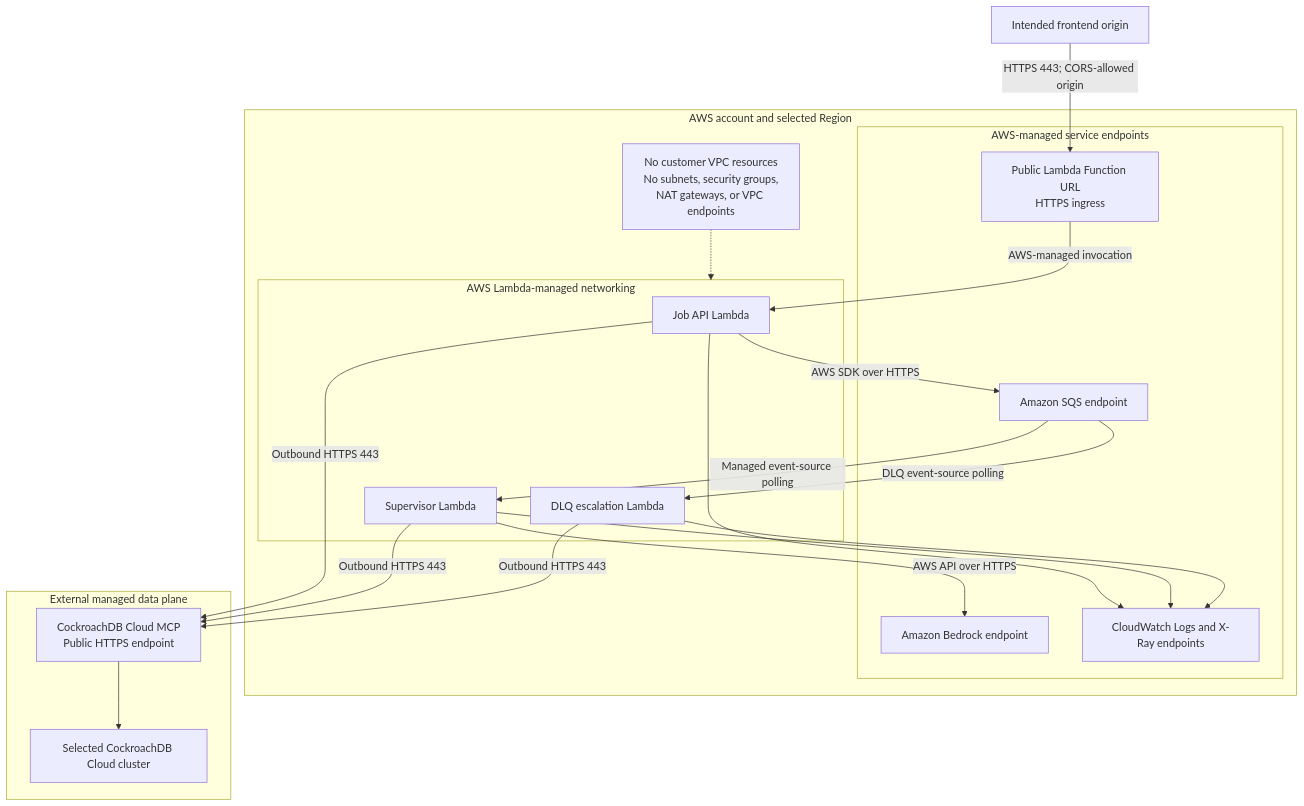
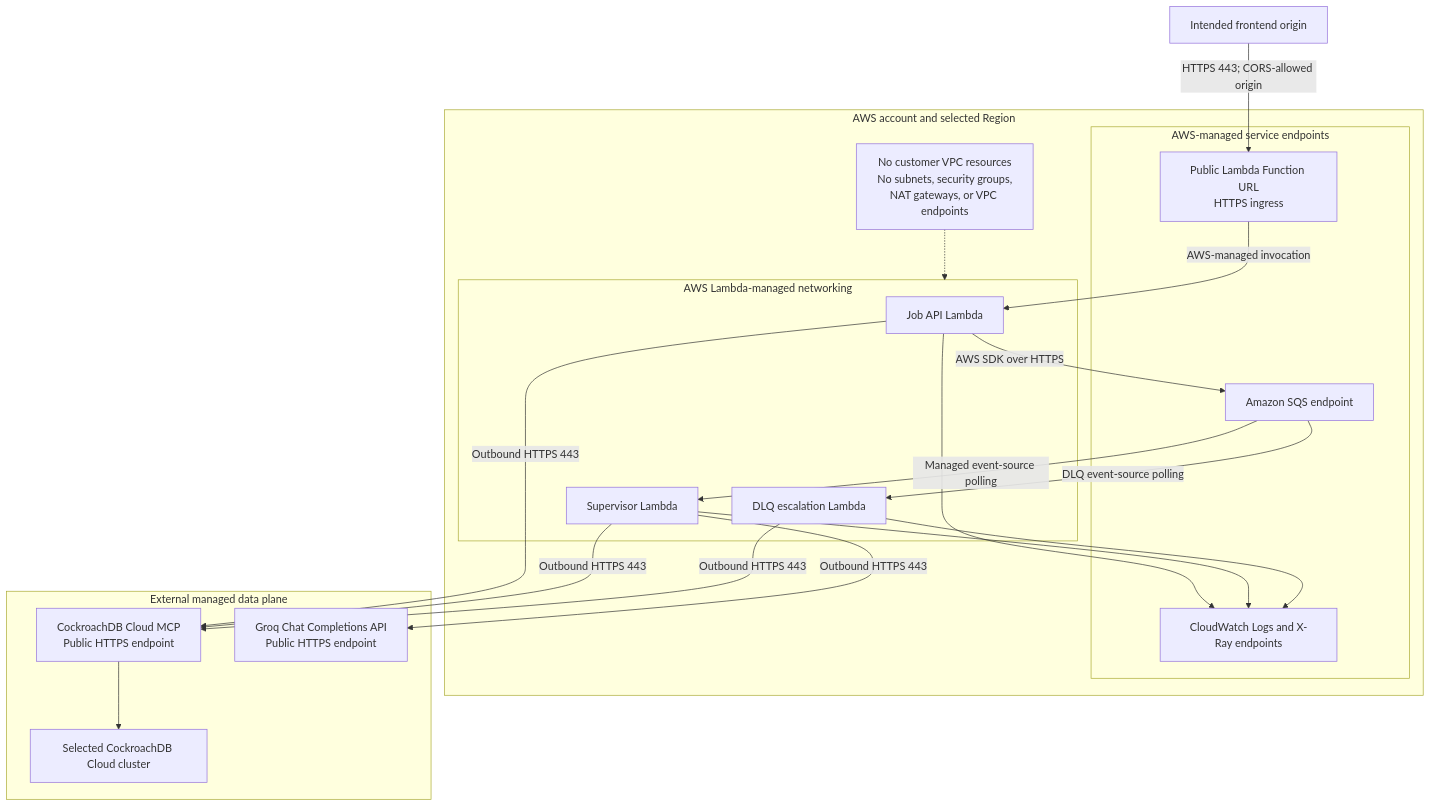
Before and after one commit to ravindrasinghshah/agentic-ticket-support-system: the second of 2 diagrams in Backend/infrastructure/README.md, drawn with Mermaid. The commit also changed other lines of this file and 22 other files, not shown here.

First line of the commit message:
Refactor backend to replace Amazon Bedrock with Groq for model inference

````diff
--- a/Backend/infrastructure/README.md
+++ b/Backend/infrastructure/README.md
@@ -72,43 +75,43 @@
 ```mermaid
 flowchart TB
     browser["Intended frontend origin"]
 
     subgraph aws["AWS account and selected Region"]
         subgraph publicEndpoints["AWS-managed service endpoints"]
             functionUrl["Public Lambda Function URL<br/>HTTPS ingress"]
             sqsEndpoint["Amazon SQS endpoint"]
-            bedrockEndpoint["Amazon Bedrock endpoint"]
             telemetry["CloudWatch Logs and X-Ray endpoints"]
         end
 
         subgraph lambdaNetwork["AWS Lambda-managed networking"]
             apiLambda["Job API Lambda"]
             supervisorLambda["Supervisor Lambda"]
             dlqLambda["DLQ escalation Lambda"]
         end
 
         noVpc["No customer VPC resources<br/>No subnets, security groups,<br/>NAT gateways, or VPC endpoints"]
     end
 
     subgraph external["External managed data plane"]
         mcpEndpoint["CockroachDB Cloud MCP<br/>Public HTTPS endpoint"]
         cockroachCluster["Selected CockroachDB Cloud cluster"]
+        groqEndpoint["Groq Chat Completions API<br/>Public HTTPS endpoint"]
     end
 
     browser -->|"HTTPS 443; CORS-allowed origin"| functionUrl
     functionUrl -->|"AWS-managed invocation"| apiLambda
     apiLambda -->|"AWS SDK over HTTPS"| sqsEndpoint
     sqsEndpoint -->|"Managed event-source polling"| supervisorLambda
     sqsEndpoint -->|"DLQ event-source polling"| dlqLambda
-    supervisorLambda -->|"AWS API over HTTPS"| bedrockEndpoint
+    supervisorLambda -->|"Outbound HTTPS 443"| groqEndpoint
 
     apiLambda -->|"Outbound HTTPS 443"| mcpEndpoint
     supervisorLambda -->|"Outbound HTTPS 443"| mcpEndpoint
     dlqLambda -->|"Outbound HTTPS 443"| mcpEndpoint
     mcpEndpoint --> cockroachCluster
 
     apiLambda --> telemetry
     supervisorLambda --> telemetry
     dlqLambda --> telemetry
     noVpc -.-> lambdaNetwork
 ```
````
